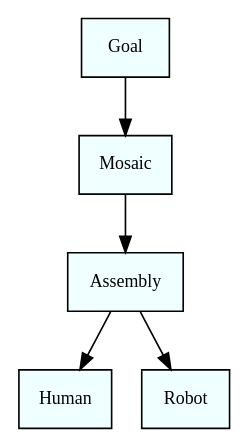
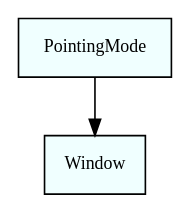
The diagram in dependency_graph.dot (pstlab/roxanne_rosjava), drawn with Graphviz before and after one commit. The commit also changed 489 other files, not shown here.

```diff
--- a/dependency_graph.dot
+++ b/dependency_graph.dot
@@ -1,5 +1,5 @@
 digraph dependency_graph {
 	rankdir=TB;
 	node [fontsize=11, style=filled, fillcolor=azure, shape = box]
-	Assembly -> Human	Mosaic -> Assembly	Goal -> Mosaic	Assembly -> Robot
+	PointingMode -> Window
 }
```
